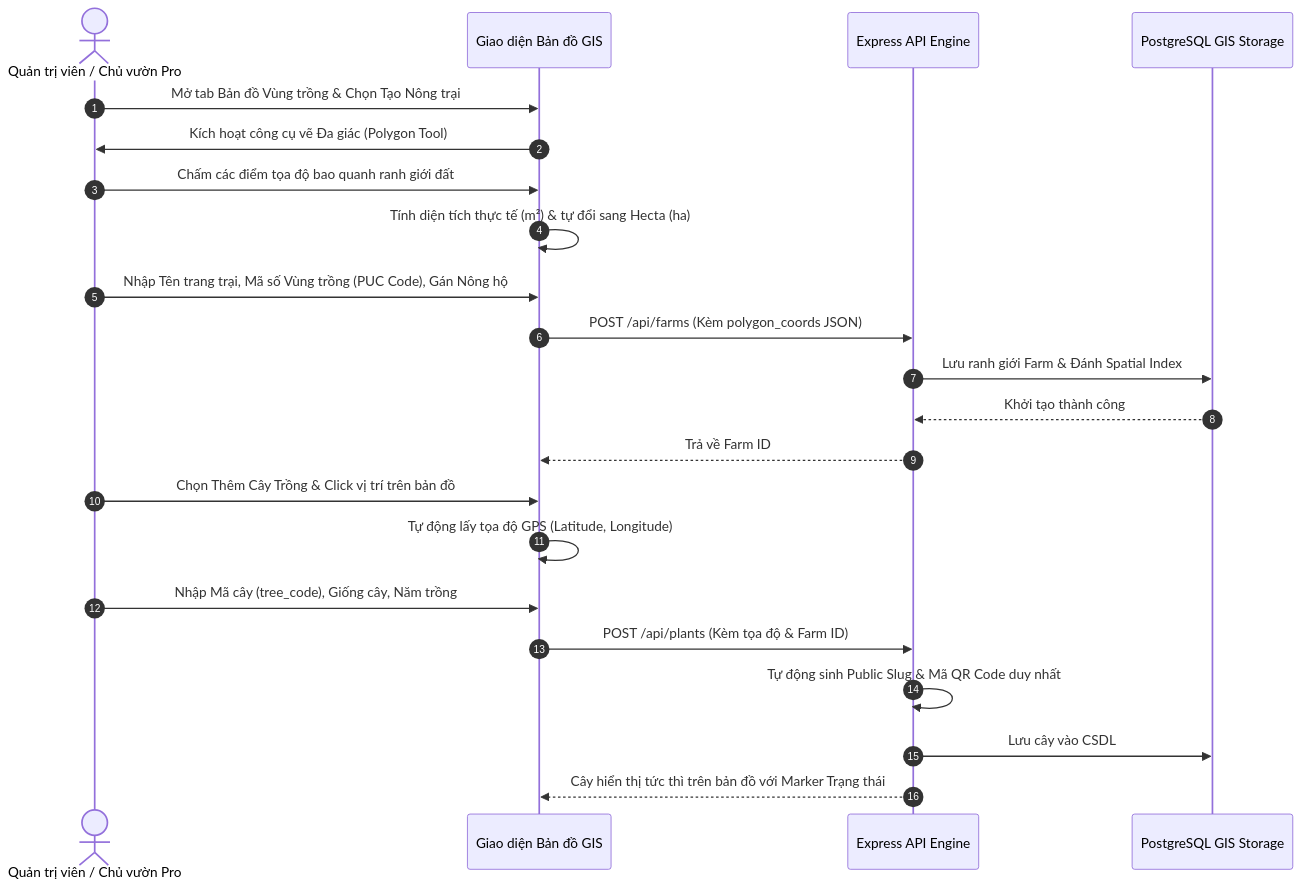
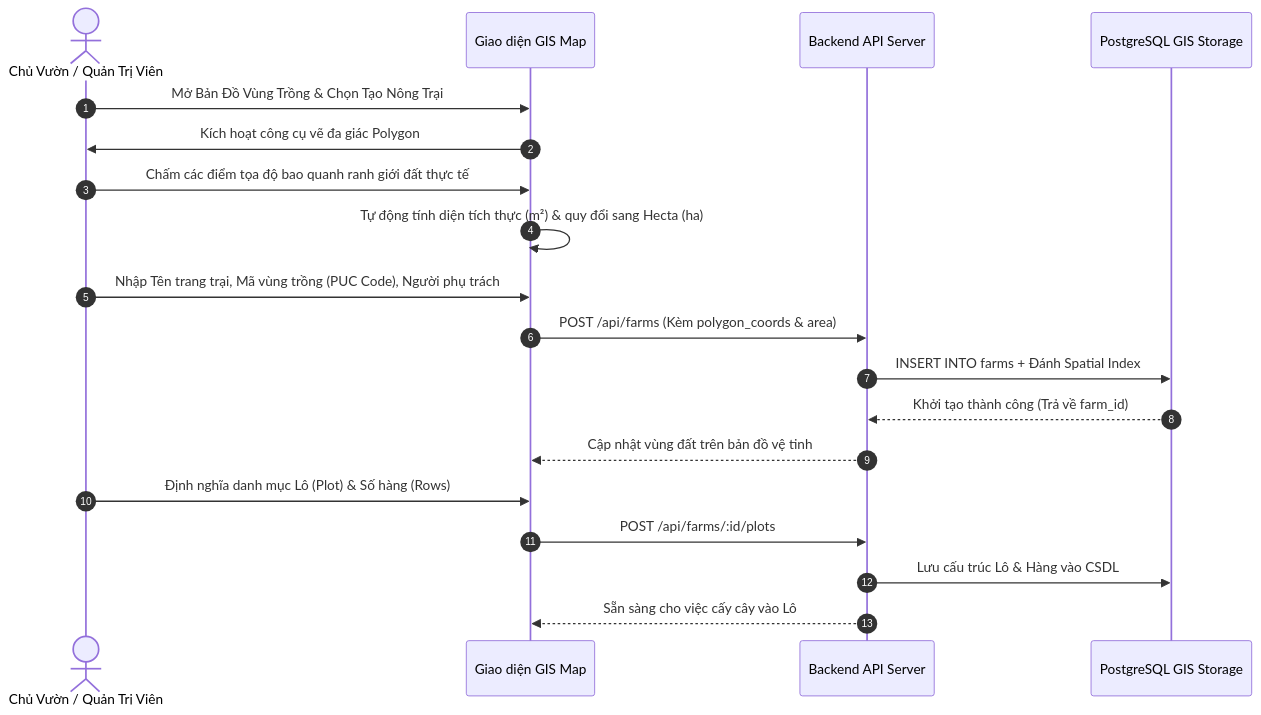
One commit to Phuc0901-pp/plant-book changed the third of 16 diagrams in README.md. Above: the diagram before and after it, drawn with Mermaid. The commit also changed other lines of this file, not shown here.

Commit message:
docs(readme): comprehensive system architecture, mindmaps, SOP flowcharts, ERD, API specs and QA/QC audit report

````diff
--- a/README.md
+++ b/README.md
@@ -163,25 +213,22 @@
 ```mermaid
 sequenceDiagram
     autonumber
-    actor A as Quản trị viên / Chủ vườn Pro
-    participant C as Giao diện Bản đồ GIS
-    participant B as Express API Engine
-    participant D as PostgreSQL GIS Storage
+    actor Owner as Chủ Vườn / Quản Trị Viên
+    participant UI as Giao diện GIS Map
+    participant Backend as Backend API Server
+    participant DB as PostgreSQL GIS Storage
 
-    A->>C: Mở tab Bản đồ Vùng trồng & Chọn Tạo Nông trại
-    C->>A: Kích hoạt công cụ vẽ Đa giác (Polygon Tool)
-    A->>C: Chấm các điểm tọa độ bao quanh ranh giới đất
-    C->>C: Tính diện tích thực tế (m²) & tự đổi sang Hecta (ha)
-    A->>C: Nhập Tên trang trại, Mã số Vùng trồng (PUC Code), Gán Nông hộ
-    C->>B: POST /api/farms (Kèm polygon_coords JSON)
-    B->>D: Lưu ranh giới Farm & Đánh Spatial Index
-    D-->>B: Khởi tạo thành công
-    B-->>C: Trả về Farm ID
-    A->>C: Chọn Thêm Cây Trồng & Click vị trí trên bản đồ
-    C->>C: Tự động lấy tọa độ GPS (Latitude, Longitude)
-    A->>C: Nhập Mã cây (tree_code), Giống cây, Năm trồng
-    C->>B: POST /api/plants (Kèm tọa độ & Farm ID)
-    B->>B: Tự động sinh Public Slug & Mã QR Code duy nhất
-    B->>D: Lưu cây vào CSDL
-    B-->>C: Cây hiển thị tức thì trên bản đồ với Marker Trạng thái
+    Owner->>UI: Mở Bản Đồ Vùng Trồng & Chọn Tạo Nông Trại
+    UI->>Owner: Kích hoạt công cụ vẽ đa giác Polygon
+    Owner->>UI: Chấm các điểm tọa độ bao quanh ranh giới đất thực tế
+    UI->>UI: Tự động tính diện tích thực (m²) & quy đổi sang Hecta (ha)
+    Owner->>UI: Nhập Tên trang trại, Mã vùng trồng (PUC Code), Người phụ trách
+    UI->>Backend: POST /api/farms (Kèm polygon_coords & area)
+    Backend->>DB: INSERT INTO farms + Đánh Spatial Index
+    DB-->>Backend: Khởi tạo thành công (Trả về farm_id)
+    Backend-->>UI: Cập nhật vùng đất trên bản đồ vệ tinh
+    Owner->>UI: Định nghĩa danh mục Lô (Plot) & Số hàng (Rows)
+    UI->>Backend: POST /api/farms/:id/plots
+    Backend->>DB: Lưu cấu trúc Lô & Hàng vào CSDL
+    Backend-->>UI: Sẵn sàng cho việc cấy cây vào Lô
 ```
````
